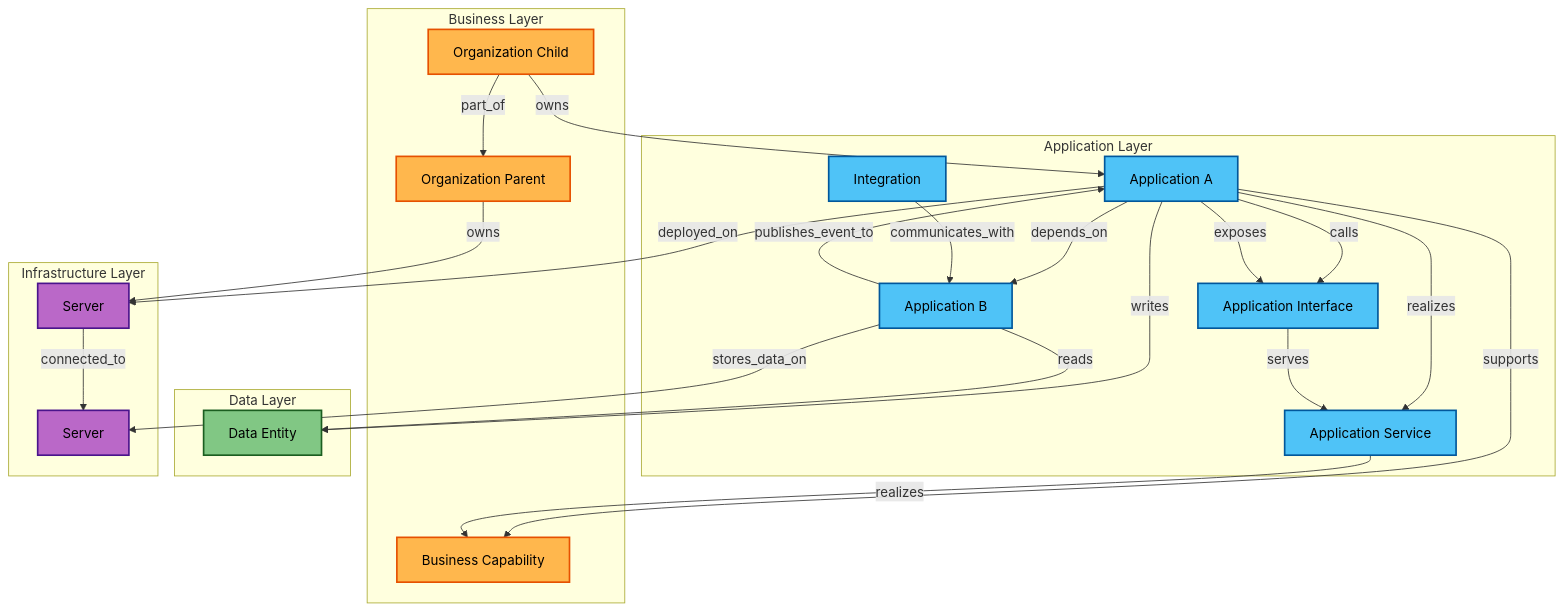
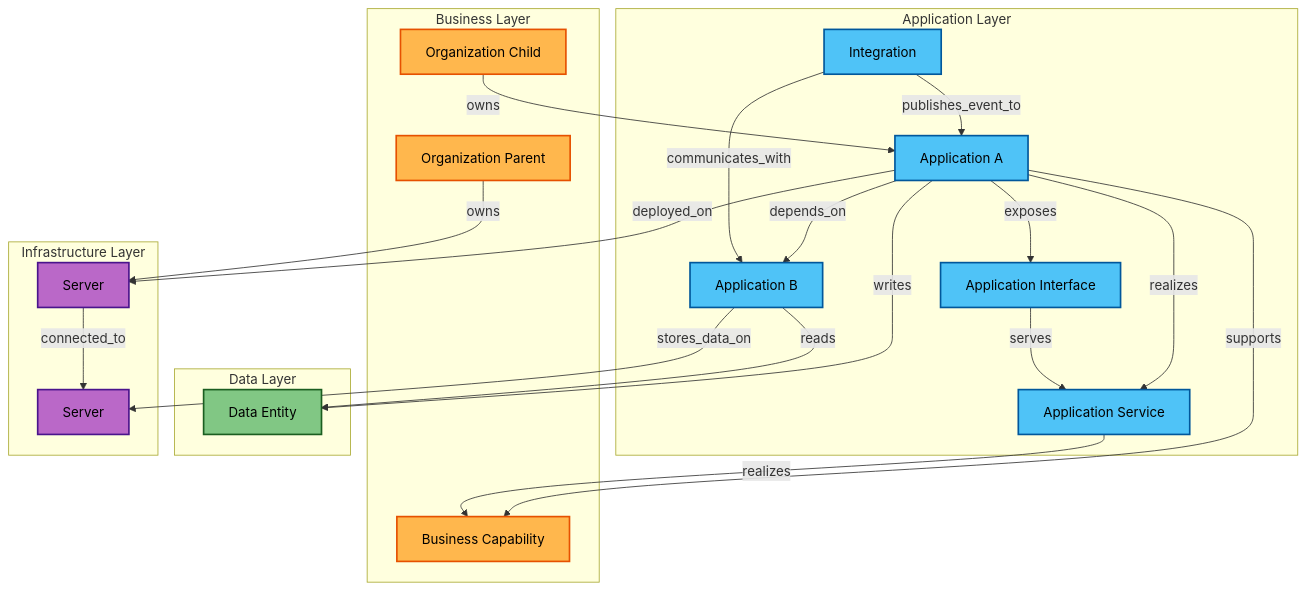
One commit to RichardLindeberg/EATools changed the diagram in docs/relationship-modeling.md. Above: the diagram before and after it, drawn with Mermaid. The commit also changed other lines of this file and 3 other files, not shown here.

````diff
--- a/docs/relationship-modeling.md
+++ b/docs/relationship-modeling.md
@@ -18,61 +18,61 @@
 ```mermaid
 graph TB
     subgraph "Business Layer"
         BC[Business Capability]
         ORG1[Organization Parent]
         ORG2[Organization Child]
     end
     
     subgraph "Application Layer"
         APP1[Application A]
         APP2[Application B]
         SVC[Application Service]
         INTF[Application Interface]
         INT[Integration]
     end
     
     subgraph "Data Layer"
         DE[Data Entity]
     end
     
     subgraph "Infrastructure Layer"
         SRV1[Server]
         SRV2[Server]
     end
     
     %% Business Layer Relations
-    ORG2 -->|part_of| ORG1
+    %% Organization hierarchy is modeled via parent_id (not a relation)
     ORG2 -->|owns| APP1
     ORG1 -->|owns| SRV1
     APP1 -->|supports| BC
     SVC -->|realizes| BC
     
     %% Application Relations
     APP1 -->|depends_on| APP2
-    APP1 -->|calls| INTF
-    APP2 -->|publishes_event_to| APP1
+    %% Applications expose interfaces; use of services occurs via service relations
     APP1 -->|realizes| SVC
     APP1 -->|exposes| INTF
     INTF -->|serves| SVC
     INT -->|communicates_with| APP2
+    INT -->|publishes_event_to| APP1
     
     %% Data Relations
     APP1 -->|writes| DE
     APP2 -->|reads| DE
     
     %% Infrastructure Relations
     APP1 -->|deployed_on| SRV1
     APP2 -->|stores_data_on| SRV2
     SRV1 -->|connected_to| SRV2
     
     %% Styling
     classDef businessStyle fill:#FFB74D,stroke:#E65100,stroke-width:2px,color:#000
     classDef appStyle fill:#4FC3F7,stroke:#01579B,stroke-width:2px,color:#000
     classDef dataStyle fill:#81C784,stroke:#1B5E20,stroke-width:2px,color:#000
     classDef infraStyle fill:#BA68C8,stroke:#4A148C,stroke-width:2px,color:#000
     
     class BC,ORG1,ORG2 businessStyle
     class APP1,APP2,SVC,INTF,INT appStyle
     class DE dataStyle
     class SRV1,SRV2 infraStyle
 ```
````
